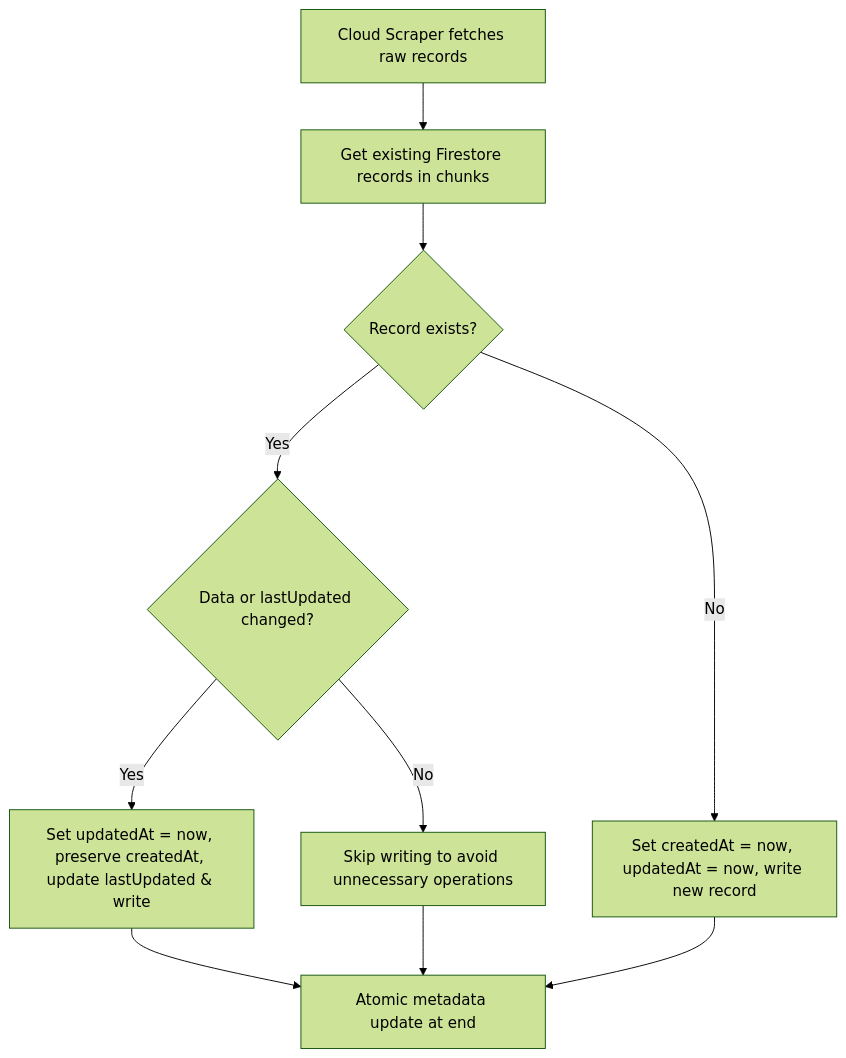
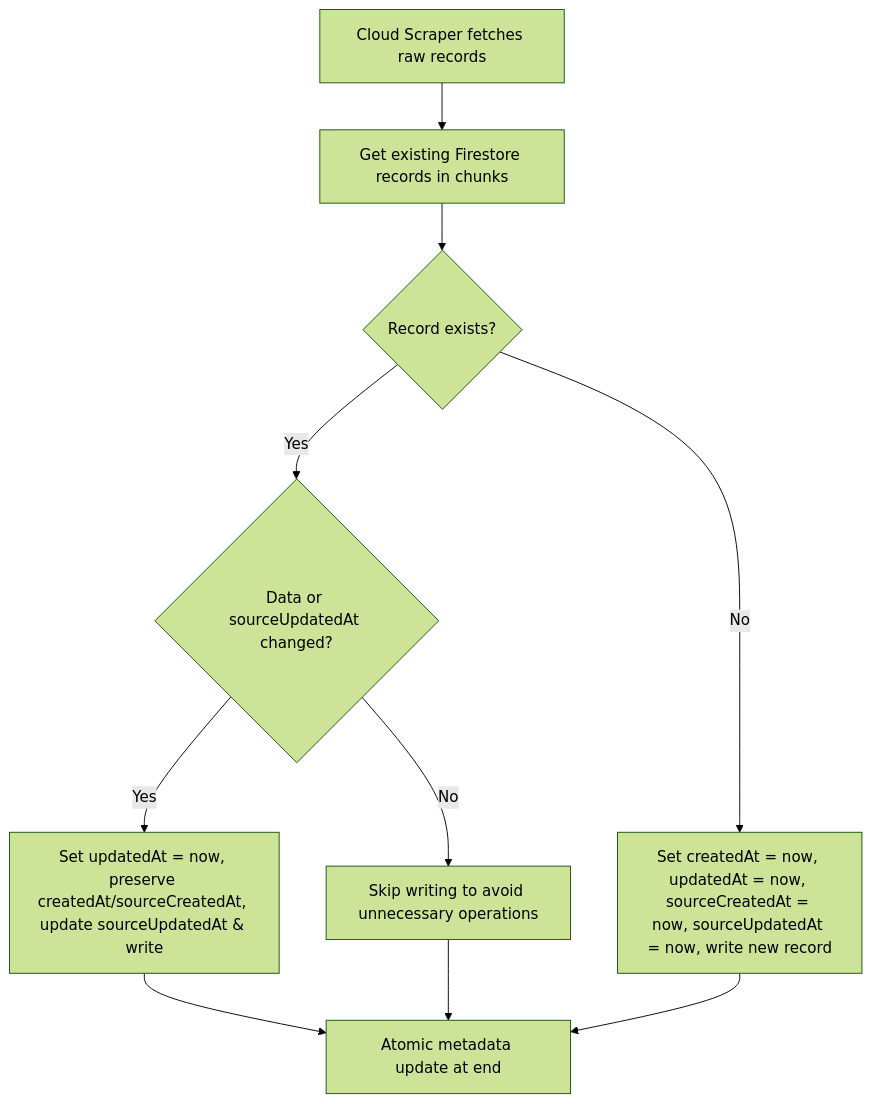
The second of 2 diagrams in .agents/skills/dataset_integration/SKILL.md (assafbz/PlainSightIL), drawn with Mermaid (forest theme) before and after one commit. The commit also changed other lines of this file and 44 other files, not shown here.

````diff
--- a/.agents/skills/dataset_integration/SKILL.md
+++ b/.agents/skills/dataset_integration/SKILL.md
@@ -112,12 +112,12 @@
 ```mermaid
 flowchart TD
     A[Cloud Scraper fetches raw records] --> B[Get existing Firestore records in chunks]
     B --> C{Record exists?}
-    C -- Yes --> D{Data or lastUpdated changed?}
-    D -- Yes --> E[Set updatedAt = now, preserve createdAt, update lastUpdated & write]
+    C -- Yes --> D{Data or sourceUpdatedAt changed?}
+    D -- Yes --> E[Set updatedAt = now, preserve createdAt/sourceCreatedAt, update sourceUpdatedAt & write]
     D -- No --> F[Skip writing to avoid unnecessary operations]
-    C -- No --> G[Set createdAt = now, updatedAt = now, write new record]
+    C -- No --> G[Set createdAt = now, updatedAt = now, sourceCreatedAt = now, sourceUpdatedAt = now, write new record]
     E --> H[Atomic metadata update at end]
     F --> H
     G --> H
 ```
````
